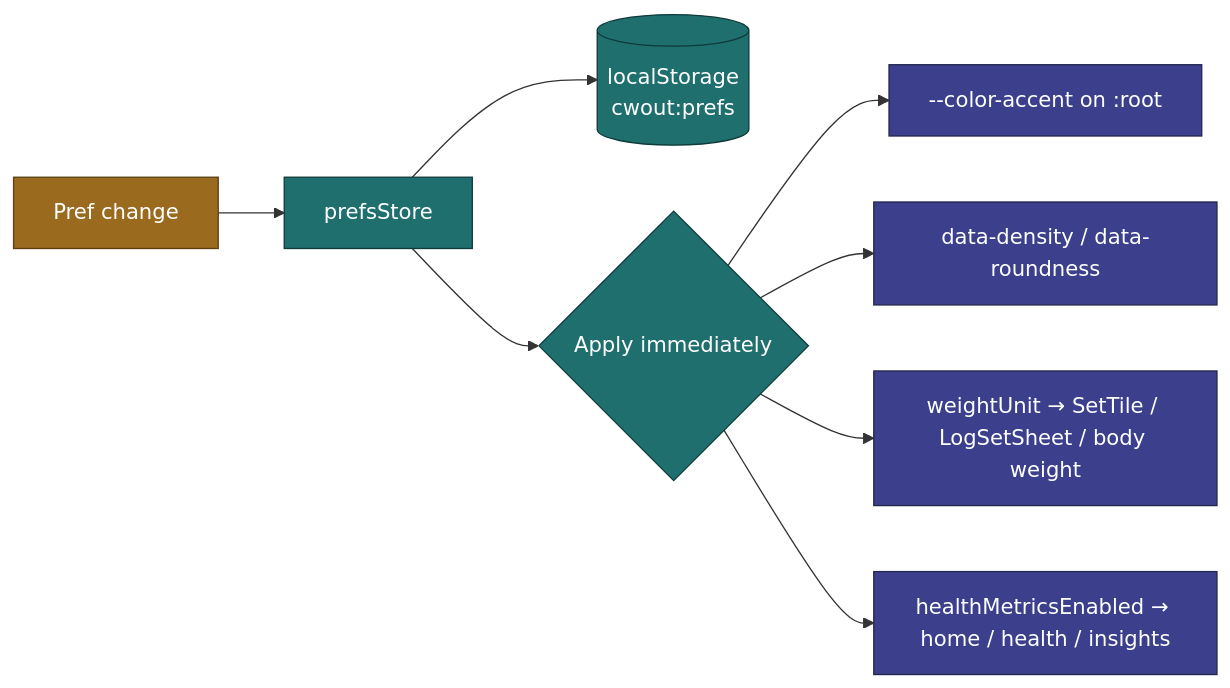
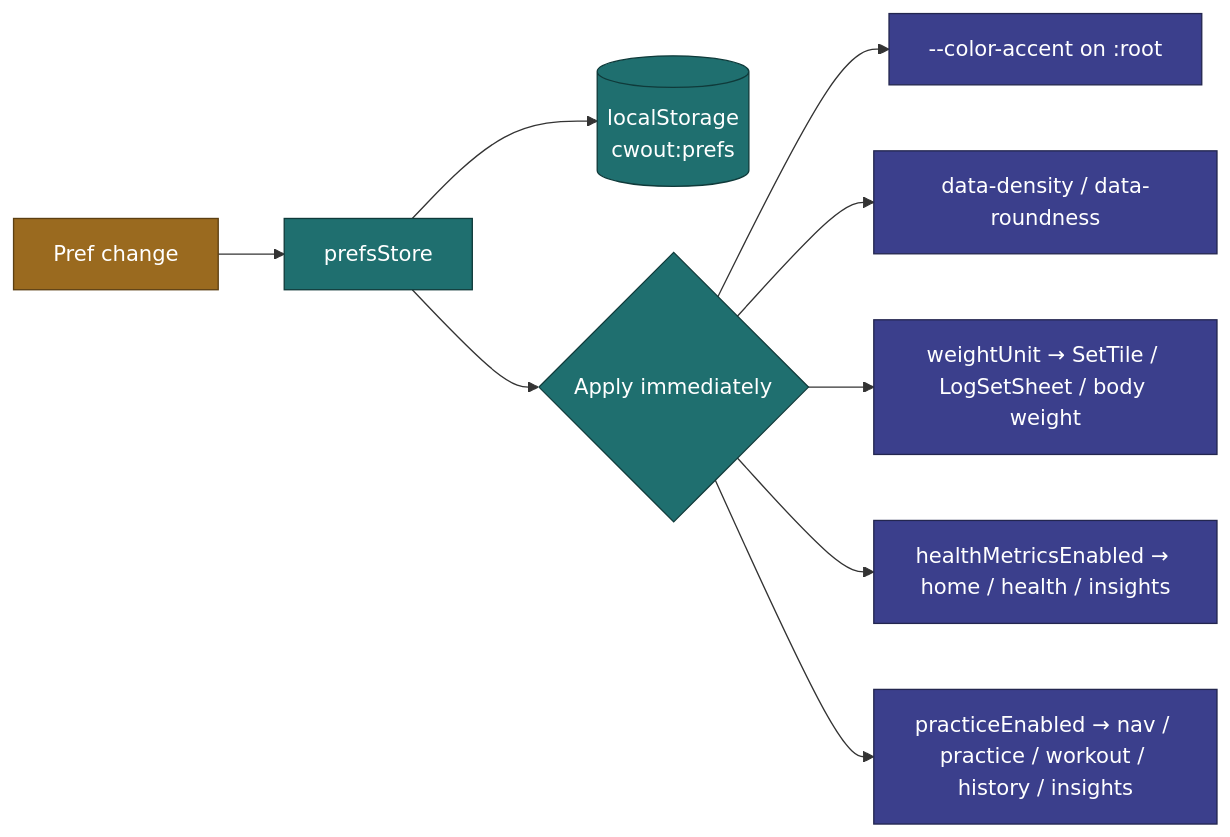
Before and after one commit to jermbo/CosmicWorkOut: the second of 2 diagrams in docs/requirements/settings-preferences.md, drawn with Mermaid. The commit also changed other lines of this file and 229 other files, not shown here.

````diff
--- a/docs/requirements/settings-preferences.md
+++ b/docs/requirements/settings-preferences.md
@@ -61,17 +99,18 @@
 ```mermaid
 flowchart LR
     Change[Pref change] --> Store[prefsStore]
     Store --> LS[("localStorage<br/>cwout:prefs")]
     Store --> Apply{Apply immediately}
     Apply --> CSS["--color-accent on :root"]
     Apply --> Data["data-density / data-roundness"]
     Apply --> Unit[weightUnit → SetTile / LogSetSheet / body weight]
     Apply --> Health[healthMetricsEnabled → home / health / insights]
+    Apply --> Practice[practiceEnabled → nav / practice / workout / history / insights]
 
     classDef trigger fill:#9a6a1f,stroke:#5c3f12,color:#ffffff;
     classDef store fill:#1f6f6f,stroke:#0f3a3a,color:#ffffff;
     classDef effect fill:#3b3f8c,stroke:#23264f,color:#ffffff;
     class Change trigger;
     class Store,LS,Apply store;
-    class CSS,Data,Unit,Health effect;
+    class CSS,Data,Unit,Health,Practice effect;
 ```
````
